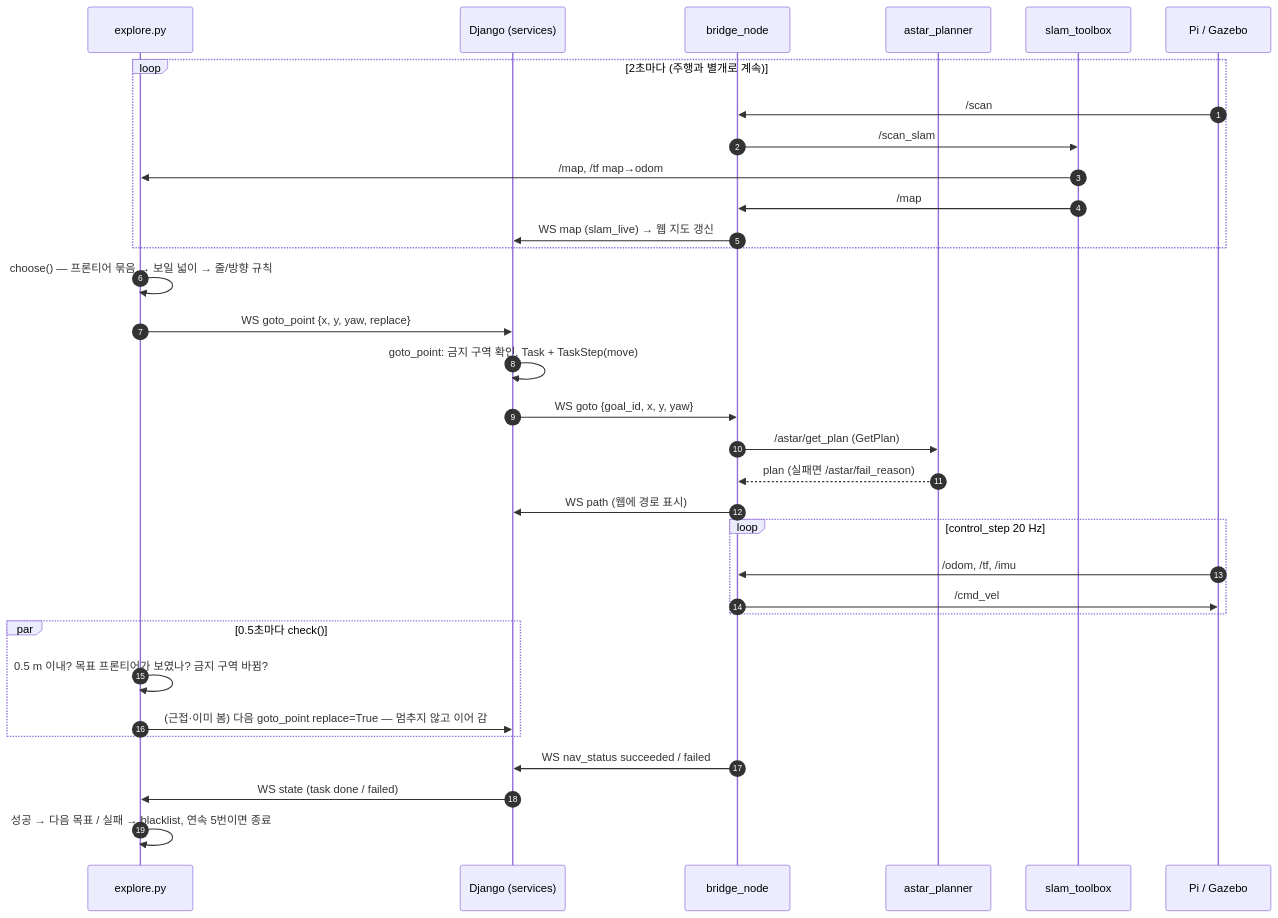
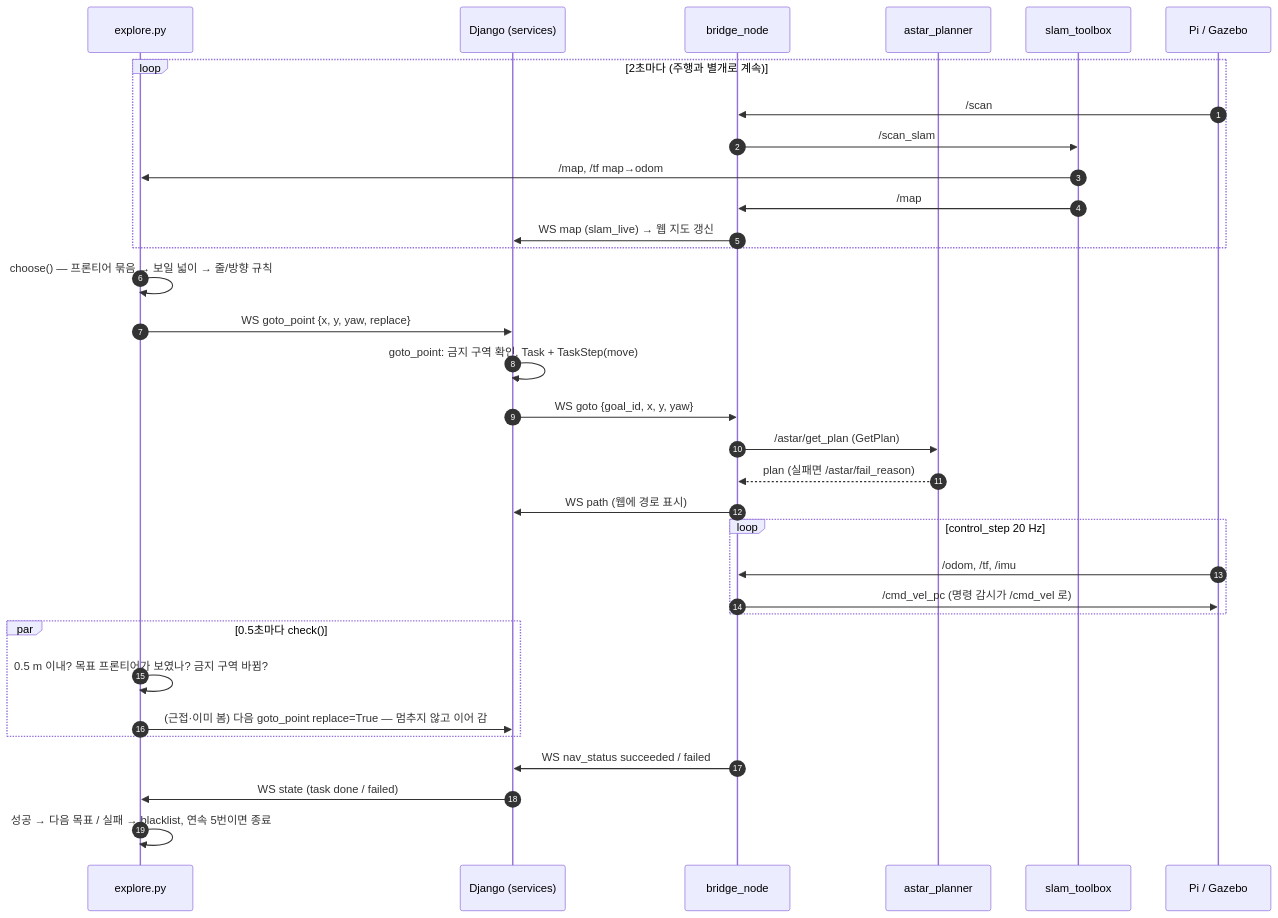
One commit to pi-lee-lee/team_project2 changed the third of 3 diagrams in AUTO_MAP_FLOW.md. Above: the diagram before and after it, drawn with Mermaid. The commit also changed other lines of this file and 1 other file, not shown here.

````diff
--- a/AUTO_MAP_FLOW.md
+++ b/AUTO_MAP_FLOW.md
@@ -177,36 +179,36 @@
 ```mermaid
 sequenceDiagram
     autonumber
     participant EX as explore.py
     participant DJ as Django (services)
     participant BR as bridge_node
     participant AS as astar_planner
     participant SL as slam_toolbox
     participant PI as Pi / Gazebo
 
     loop 2초마다 (주행과 별개로 계속)
         PI->>BR: /scan
         BR->>SL: /scan_slam
         SL->>EX: /map, /tf map→odom
         SL->>BR: /map
         BR->>DJ: WS map (slam_live) → 웹 지도 갱신
     end
     EX->>EX: choose() — 프론티어 묶음 → 보일 넓이 → 줄/방향 규칙
     EX->>DJ: WS goto_point {x, y, yaw, replace}
     DJ->>DJ: goto_point: 금지 구역 확인, Task + TaskStep(move)
     DJ->>BR: WS goto {goal_id, x, y, yaw}
     BR->>AS: /astar/get_plan (GetPlan)
     AS-->>BR: plan (실패면 /astar/fail_reason)
     BR->>DJ: WS path (웹에 경로 표시)
     loop control_step 20 Hz
         PI->>BR: /odom, /tf, /imu
-        BR->>PI: /cmd_vel
+        BR->>PI: /cmd_vel_pc (명령 감시가 /cmd_vel 로)
     end
     par 0.5초마다 check()
         EX->>EX: 0.5 m 이내? 목표 프론티어가 보였나? 금지 구역 바뀜?
         EX->>DJ: (근접·이미 봄) 다음 goto_point replace=True — 멈추지 않고 이어 감
     end
     BR->>DJ: WS nav_status succeeded / failed
     DJ->>EX: WS state (task done / failed)
     EX->>EX: 성공 → 다음 목표 / 실패 → blacklist, 연속 5번이면 종료
 ```
````
